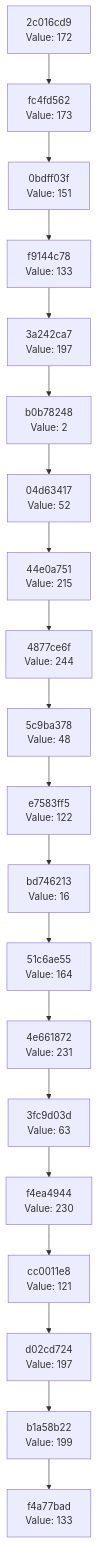
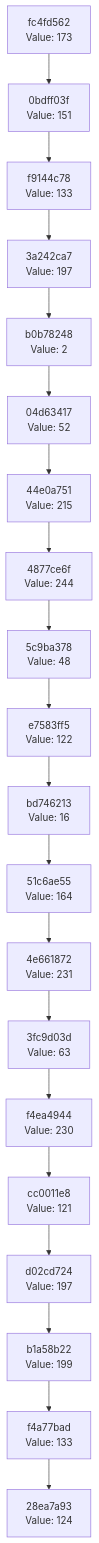
Before and after one commit to Abhisheksinha1506/hash-chain-evolver: the diagram in docs/CHAIN_VISUALIZATION.md, drawn with Mermaid. The commit also changed 3 other files, not shown here.

````diff
--- a/docs/CHAIN_VISUALIZATION.md
+++ b/docs/CHAIN_VISUALIZATION.md
@@ -3,42 +3,42 @@
 ```mermaid
 graph TD
-    C0["f4a77bad<br/>Value: 133"]
-    C1["b1a58b22<br/>Value: 199"]
+    C0["28ea7a93<br/>Value: 124"]
+    C1["f4a77bad<br/>Value: 133"]
     C1 --> C0
-    C2["d02cd724<br/>Value: 197"]
+    C2["b1a58b22<br/>Value: 199"]
     C2 --> C1
-    C3["cc0011e8<br/>Value: 121"]
+    C3["d02cd724<br/>Value: 197"]
     C3 --> C2
-    C4["f4ea4944<br/>Value: 230"]
+    C4["cc0011e8<br/>Value: 121"]
     C4 --> C3
-    C5["3fc9d03d<br/>Value: 63"]
+    C5["f4ea4944<br/>Value: 230"]
     C5 --> C4
-    C6["4e661872<br/>Value: 231"]
+    C6["3fc9d03d<br/>Value: 63"]
     C6 --> C5
-    C7["51c6ae55<br/>Value: 164"]
+    C7["4e661872<br/>Value: 231"]
     C7 --> C6
-    C8["bd746213<br/>Value: 16"]
+    C8["51c6ae55<br/>Value: 164"]
     C8 --> C7
-    C9["e7583ff5<br/>Value: 122"]
+    C9["bd746213<br/>Value: 16"]
     C9 --> C8
-    C10["5c9ba378<br/>Value: 48"]
+    C10["e7583ff5<br/>Value: 122"]
     C10 --> C9
-    C11["4877ce6f<br/>Value: 244"]
+    C11["5c9ba378<br/>Value: 48"]
     C11 --> C10
-    C12["44e0a751<br/>Value: 215"]
+    C12["4877ce6f<br/>Value: 244"]
     C12 --> C11
-    C13["04d63417<br/>Value: 52"]
+    C13["44e0a751<br/>Value: 215"]
     C13 --> C12
-    C14["b0b78248<br/>Value: 2"]
+    C14["04d63417<br/>Value: 52"]
     C14 --> C13
-    C15["3a242ca7<br/>Value: 197"]
+    C15["b0b78248<br/>Value: 2"]
     C15 --> C14
-    C16["f9144c78<br/>Value: 133"]
+    C16["3a242ca7<br/>Value: 197"]
     C16 --> C15
-    C17["0bdff03f<br/>Value: 151"]
+    C17["f9144c78<br/>Value: 133"]
     C17 --> C16
-    C18["fc4fd562<br/>Value: 173"]
+    C18["0bdff03f<br/>Value: 151"]
     C18 --> C17
-    C19["2c016cd9<br/>Value: 172"]
+    C19["fc4fd562<br/>Value: 173"]
     C19 --> C18
 ```
````
